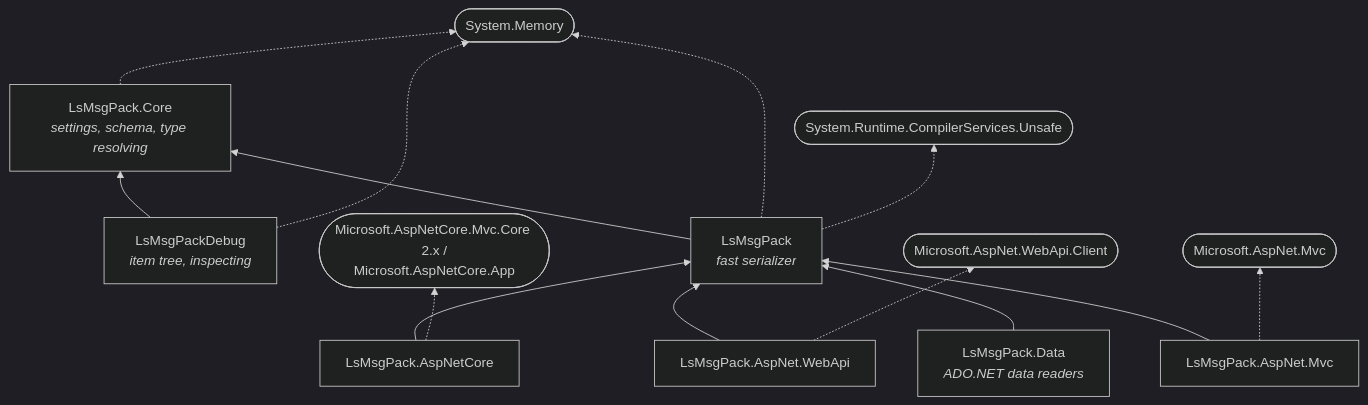
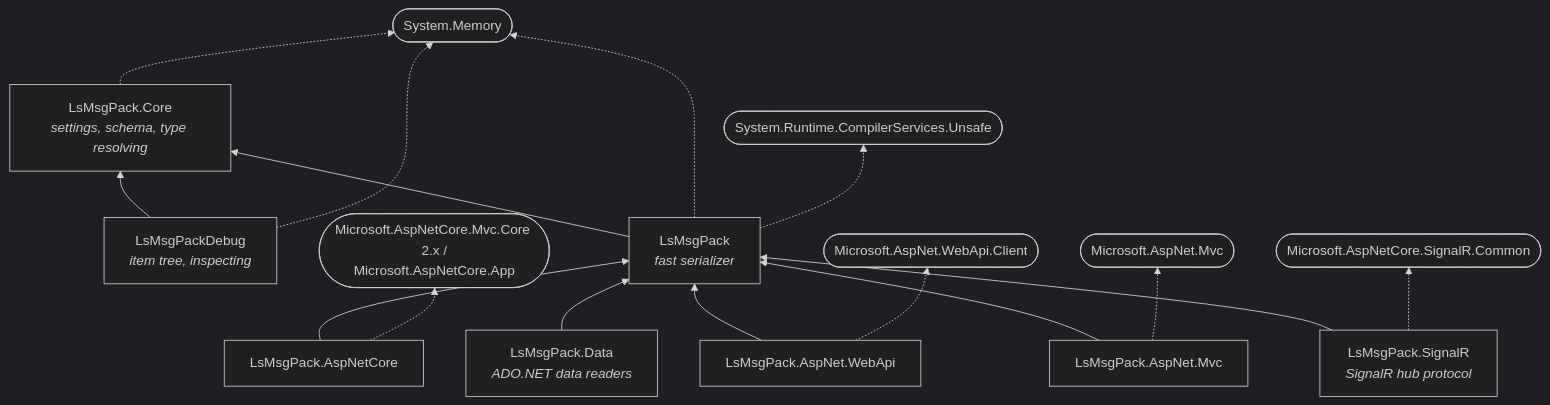
Before and after one commit to mlsomers/LsMsgPack: the diagram in README.md, drawn with Mermaid (dark theme). The commit also changed other lines of this file and 20 other files, not shown here.

````diff
--- a/README.md
+++ b/README.md
@@ -52,29 +57,33 @@
 ```mermaid
 graph BT
   Core["LsMsgPack.Core<br/><i>settings, schema, type resolving</i>"]
   Debug["LsMsgPackDebug<br/><i>item tree, inspecting</i>"]
   Fast["LsMsgPack<br/><i>fast serializer</i>"]
   AspNetCore["LsMsgPack.AspNetCore"]
   WebApi["LsMsgPack.AspNet.WebApi"]
   Mvc["LsMsgPack.AspNet.Mvc"]
   Data["LsMsgPack.Data<br/><i>ADO.NET data readers</i>"]
+  SignalR["LsMsgPack.SignalR<br/><i>SignalR hub protocol</i>"]
   Mem(["System.Memory"])
   Unsafe(["System.Runtime.CompilerServices.Unsafe"])
   AspNetCoreFx(["Microsoft.AspNetCore.Mvc.Core 2.x /<br/>Microsoft.AspNetCore.App"])
   WebApiClient(["Microsoft.AspNet.WebApi.Client"])
   AspNetMvc(["Microsoft.AspNet.Mvc"])
+  SignalRCommon(["Microsoft.AspNetCore.SignalR.Common"])
 
   Debug --> Core
   Fast --> Core
   AspNetCore --> Fast
   WebApi --> Fast
   Mvc --> Fast
   Data --> Fast
+  SignalR --> Fast
   Core -.-> Mem
   Debug -.-> Mem
   Fast -.-> Mem
   Fast -.-> Unsafe
   AspNetCore -.-> AspNetCoreFx
   WebApi -.-> WebApiClient
   Mvc -.-> AspNetMvc
+  SignalR -.-> SignalRCommon
 ```
````
